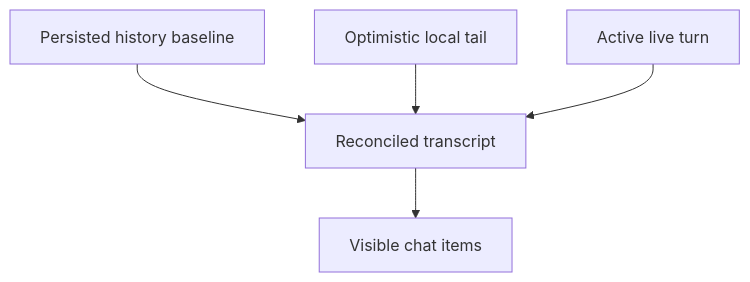
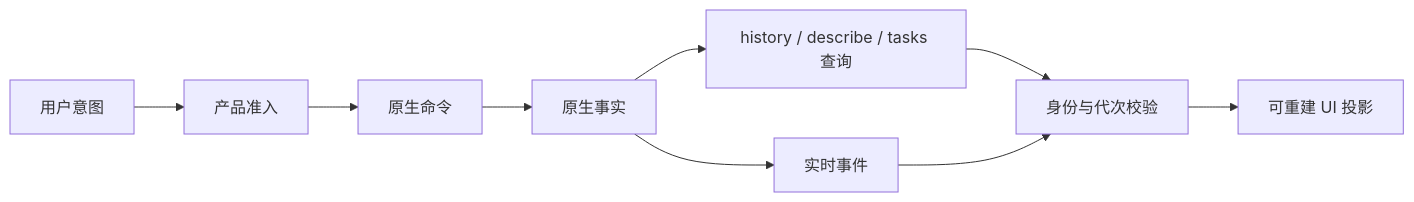
One commit to liangxhao/JustDo changed the diagram in docs/architecture/13-pure-frontend-design.md. Above: the diagram before and after it, drawn with Mermaid. The commit also changed other lines of this file and 46 other files, not shown here.

Commit message:
docs: rewrite architecture and feature guides for current implementation

````diff
--- a/docs/architecture/13-pure-frontend-design.md
+++ b/docs/architecture/13-pure-frontend-design.md
@@ -161,13 +19,11 @@
 ```mermaid
-flowchart TB
-  H[Persisted history baseline]
-  O[Optimistic local tail]
-  L[Active live turn]
-  R[Reconciled transcript]
-  V[Visible chat items]
-
-  H --> R
-  O --> R
-  L --> R
-  R --> V
+flowchart LR
+  Intent[用户意图] --> Admission[产品准入]
+  Admission --> Command[原生命令]
+  Command --> Native[原生事实]
+  Native --> Query[history / describe / tasks 查询]
+  Native --> Event[实时事件]
+  Query --> Reconcile[身份与代次校验]
+  Event --> Reconcile
+  Reconcile --> View[可重建 UI 投影]
 ```
````
